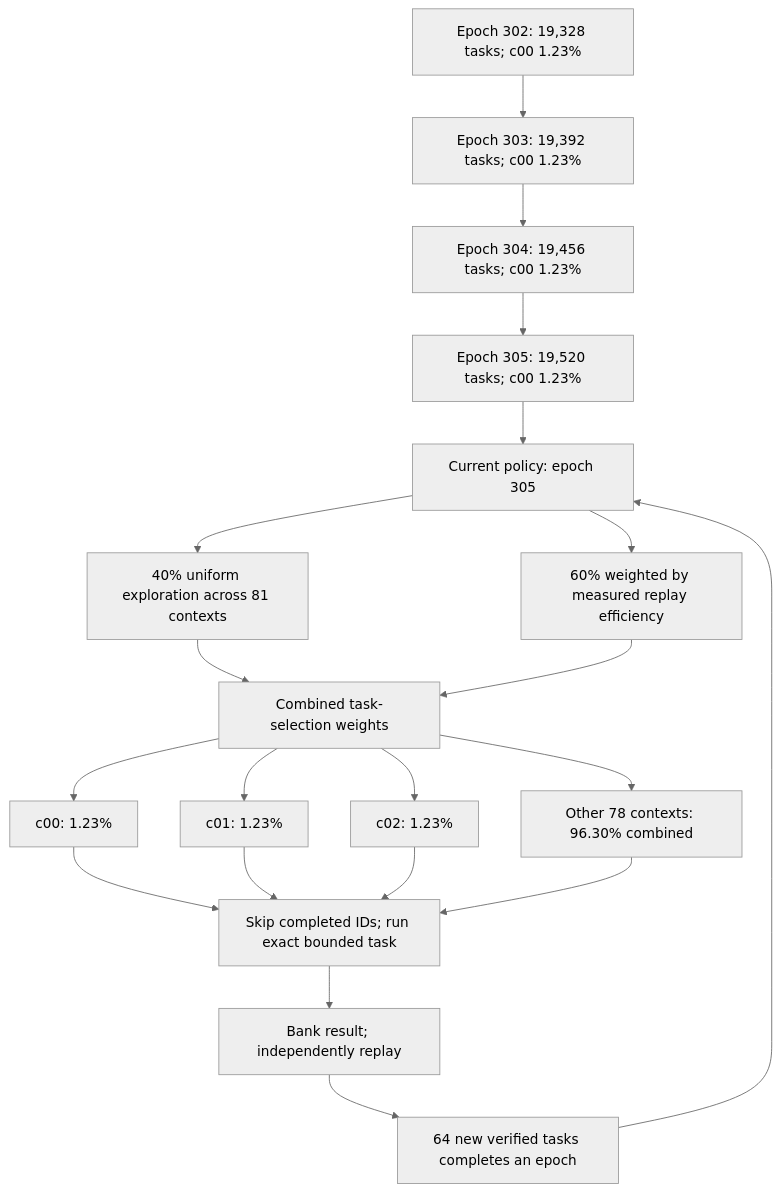
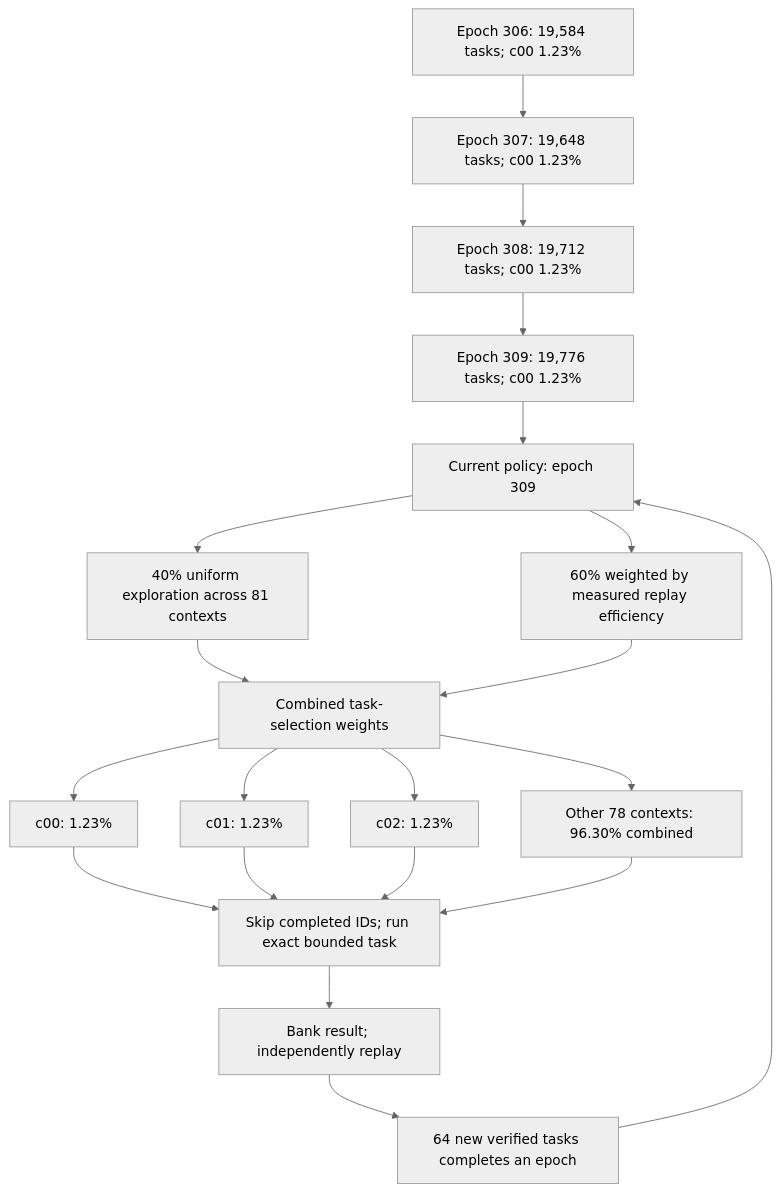
The first of 2 diagrams in README.md (Kuberwastaken/math-gambling), drawn with Mermaid (neutral theme) before and after one commit. The commit also changed other lines of this file and 599 other files, not shown here.

````diff
--- a/README.md
+++ b/README.md
@@ -49,27 +49,27 @@
 ```mermaid
 flowchart TD
-    H0["Epoch 302: 19,328 tasks; c00 1.23%"]
-    H1["Epoch 303: 19,392 tasks; c00 1.23%"]
+    H0["Epoch 306: 19,584 tasks; c00 1.23%"]
+    H1["Epoch 307: 19,648 tasks; c00 1.23%"]
     H0 --> H1
-    H2["Epoch 304: 19,456 tasks; c00 1.23%"]
+    H2["Epoch 308: 19,712 tasks; c00 1.23%"]
     H1 --> H2
-    H3["Epoch 305: 19,520 tasks; c00 1.23%"]
+    H3["Epoch 309: 19,776 tasks; c00 1.23%"]
     H2 --> H3
-    Policy["Current policy: epoch 305"]
+    Policy["Current policy: epoch 309"]
     H3 --> Policy
     Policy --> Explore["40% uniform exploration across 81 contexts"]
     Policy --> Cost["60% weighted by measured replay efficiency"]
     Explore --> Mix["Combined task-selection weights"]
     Cost --> Mix
     Mix --> C0["c00: 1.23%"]
     Mix --> C1["c01: 1.23%"]
     Mix --> C2["c02: 1.23%"]
     Mix --> Rest["Other 78 contexts: 96.30% combined"]
     C0 --> Check["Skip completed IDs; run exact bounded task"]
     C1 --> Check
     C2 --> Check
     Rest --> Check
     Check --> Replay["Bank result; independently replay"]
     Replay --> Gate["64 new verified tasks completes an epoch"]
     Gate --> Policy
 ```
````
